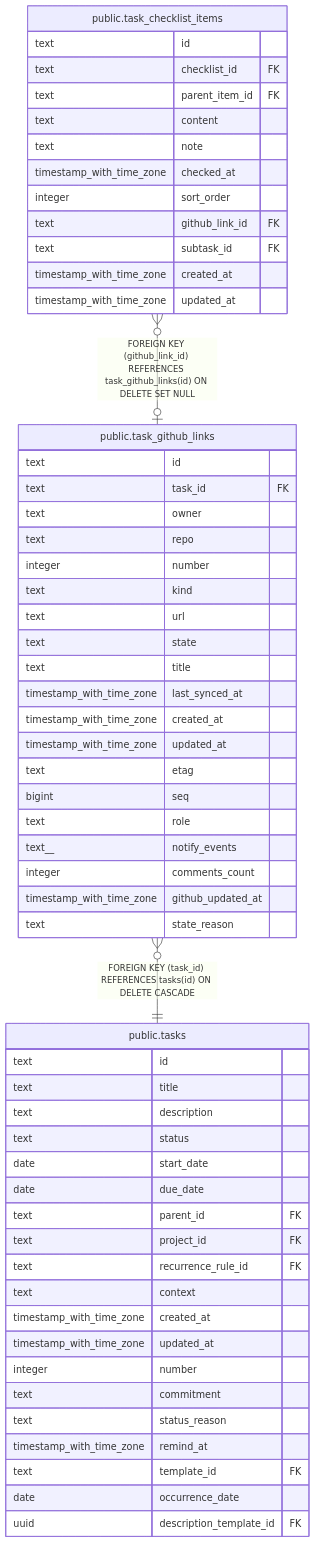
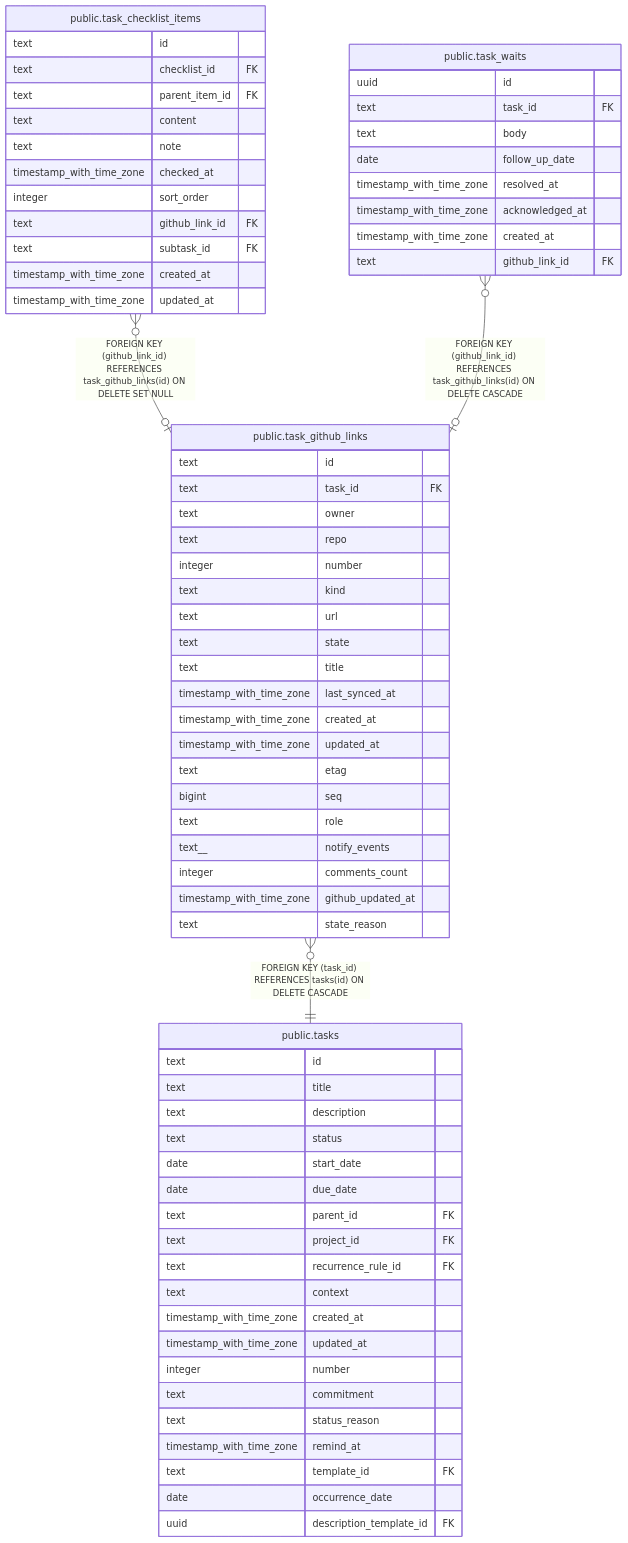
The diagram in api/docs/db/public.task_github_links.md (fohte/tq), drawn with Mermaid before and after one commit. The commit also changed other lines of this file and 25 other files, not shown here.

````diff
--- a/api/docs/db/public.task_github_links.md
+++ b/api/docs/db/public.task_github_links.md
@@ -67,62 +67,73 @@
 ```mermaid
 erDiagram
 
 "public.task_checklist_items" }o--o| "public.task_github_links" : "FOREIGN KEY (github_link_id) REFERENCES task_github_links(id) ON DELETE SET NULL"
+"public.task_waits" }o--o| "public.task_github_links" : "FOREIGN KEY (github_link_id) REFERENCES task_github_links(id) ON DELETE CASCADE"
 "public.task_github_links" }o--|| "public.tasks" : "FOREIGN KEY (task_id) REFERENCES tasks(id) ON DELETE CASCADE"
 
 "public.task_github_links" {
   text id
   text task_id FK
   text owner
   text repo
   integer number
   text kind
   text url
   text state
   text title
   timestamp_with_time_zone last_synced_at
   timestamp_with_time_zone created_at
   timestamp_with_time_zone updated_at
   text etag
   bigint seq
   text role
   text__ notify_events
   integer comments_count
   timestamp_with_time_zone github_updated_at
   text state_reason
 }
 "public.task_checklist_items" {
   text id
   text checklist_id FK
   text parent_item_id FK
   text content
   text note
   timestamp_with_time_zone checked_at
   integer sort_order
   text github_link_id FK
   text subtask_id FK
   timestamp_with_time_zone created_at
   timestamp_with_time_zone updated_at
 }
+"public.task_waits" {
+  uuid id
+  text task_id FK
+  text body
+  date follow_up_date
+  timestamp_with_time_zone resolved_at
+  timestamp_with_time_zone acknowledged_at
+  timestamp_with_time_zone created_at
+  text github_link_id FK
+}
 "public.tasks" {
   text id
   text title
   text description
   text status
   date start_date
   date due_date
   text parent_id FK
   text project_id FK
   text recurrence_rule_id FK
   text context
   timestamp_with_time_zone created_at
   timestamp_with_time_zone updated_at
   integer number
   text commitment
   text status_reason
   timestamp_with_time_zone remind_at
   text template_id FK
   date occurrence_date
   uuid description_template_id FK
 }
 ```
````
